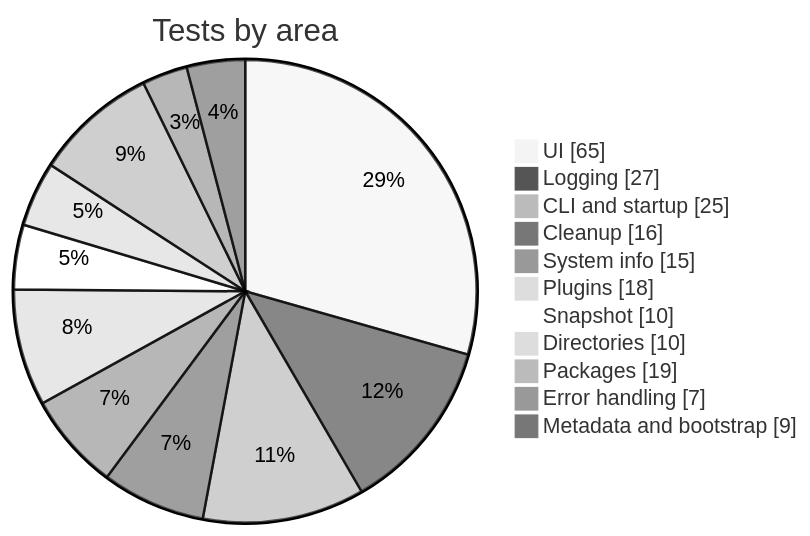
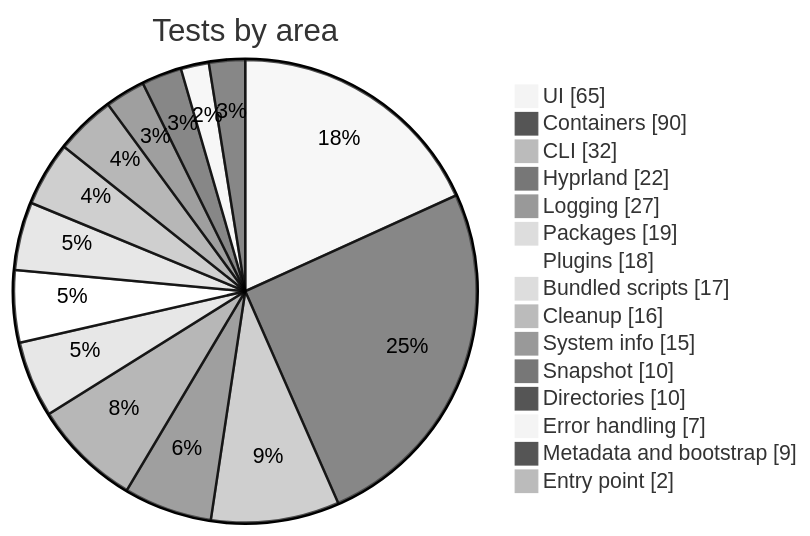
One commit to Armoghans-Organization/Omarchy-Tweaker changed the second of 4 diagrams in docs/development.md. Above: the diagram before and after it, drawn with Mermaid (neutral theme). The commit also changed other lines of this file and 21 other files, not shown here.

Commit message:
feat(scripts): link bundled helper scripts into PATH

````diff
--- a/docs/development.md
+++ b/docs/development.md
@@ -494,15 +498,19 @@
 ```mermaid
 pie showData
     title Tests by area
     "UI" : 65
+    "Containers" : 90
+    "CLI" : 32
+    "Hyprland" : 22
     "Logging" : 27
-    "CLI and startup" : 25
+    "Packages" : 19
+    "Plugins" : 18
+    "Bundled scripts" : 17
     "Cleanup" : 16
     "System info" : 15
-    "Plugins" : 18
     "Snapshot" : 10
     "Directories" : 10
-    "Packages" : 19
     "Error handling" : 7
     "Metadata and bootstrap" : 9
+    "Entry point" : 2
 ```
````
